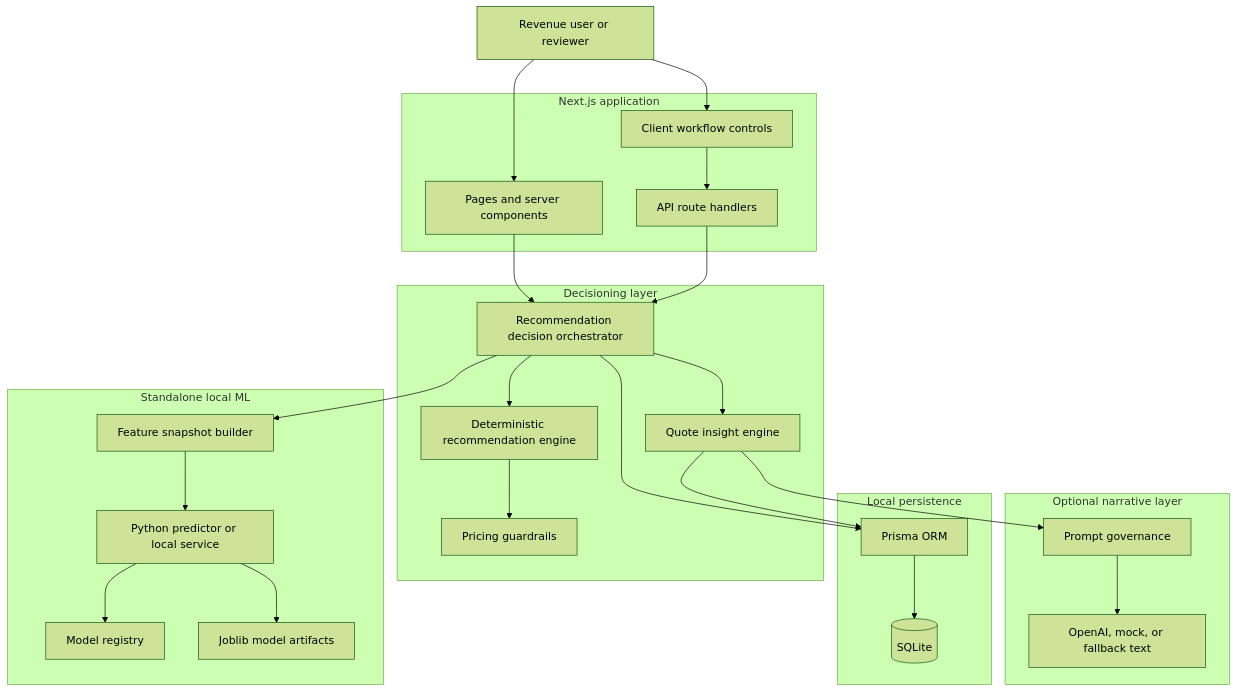
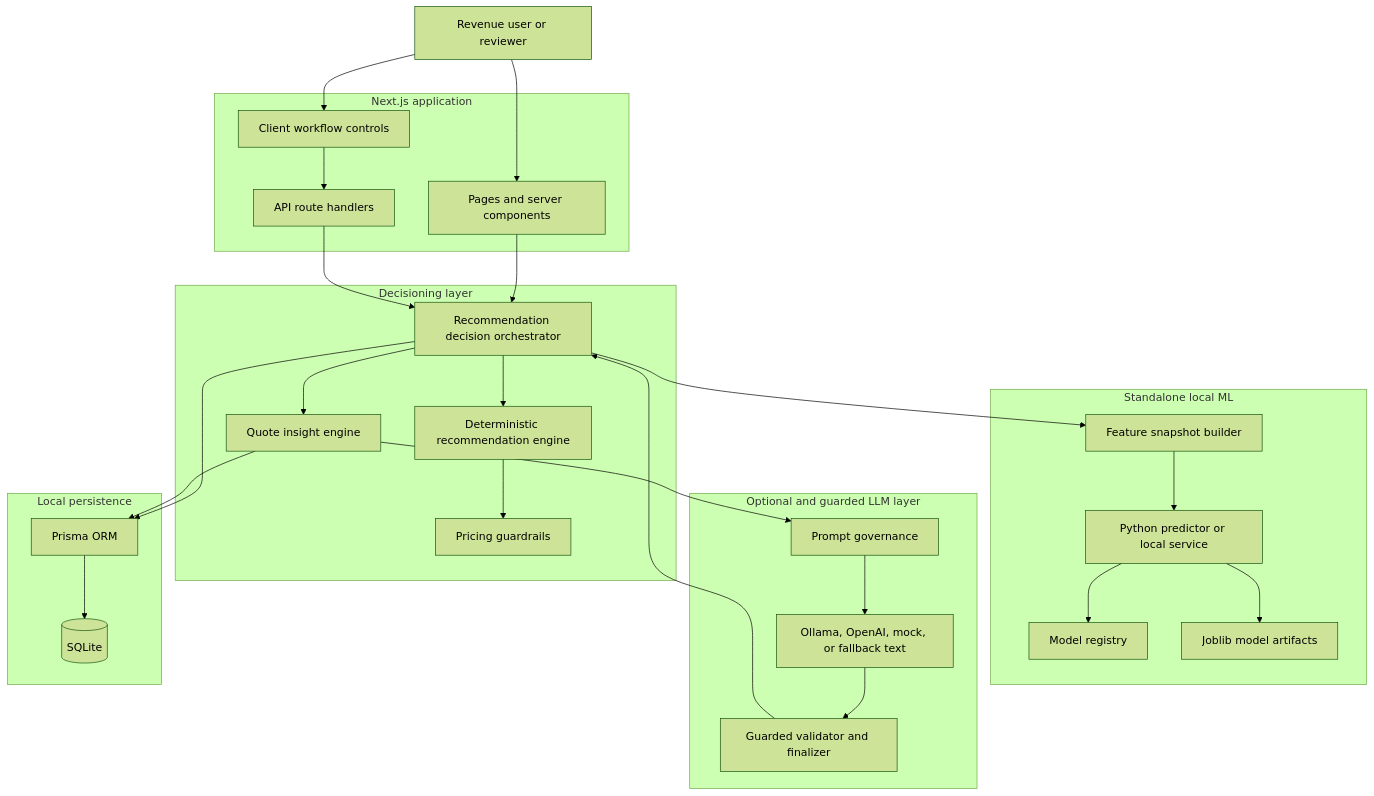
The diagram in docs/technical-architecture.md (saralabiswal/ai-renewal-quote-copilot), drawn with Mermaid (forest theme) before and after one commit. The commit also changed other lines of this file and 54 other files, not shown here.

````diff
--- a/docs/technical-architecture.md
+++ b/docs/technical-architecture.md
@@ -28,47 +29,49 @@
 ```mermaid
 flowchart TD
   User[Revenue user or reviewer]
 
   subgraph App[Next.js application]
     Pages[Pages and server components]
     Controls[Client workflow controls]
     Routes[API route handlers]
   end
 
   subgraph Decisioning[Decisioning layer]
     Orchestrator[Recommendation decision orchestrator]
     Rules[Deterministic recommendation engine]
     Guardrails[Pricing guardrails]
     Insights[Quote insight engine]
   end
 
   subgraph ML[Standalone local ML]
     Features[Feature snapshot builder]
     Registry[Model registry]
     Predictor[Python predictor or local service]
     Artifacts[Joblib model artifacts]
   end
 
-  subgraph Narrative[Optional narrative layer]
+  subgraph Narrative[Optional and guarded LLM layer]
     Prompts[Prompt governance]
-    LLM[OpenAI, mock, or fallback text]
+    LLM[Ollama, OpenAI, mock, or fallback text]
+    Validator[Guarded validator and finalizer]
   end
 
   subgraph Storage[Local persistence]
     Prisma[Prisma ORM]
     SQLite[(SQLite)]
   end
 
   User --> Pages
   User --> Controls --> Routes
   Pages --> Orchestrator
   Routes --> Orchestrator
   Orchestrator --> Rules --> Guardrails
   Orchestrator --> Features --> Predictor
   Predictor --> Registry
   Predictor --> Artifacts
   Orchestrator --> Insights
-  Insights --> Prompts --> LLM
+  Insights --> Prompts --> LLM --> Validator
+  Validator --> Orchestrator
   Orchestrator --> Prisma --> SQLite
   Insights --> Prisma
 ```
````
